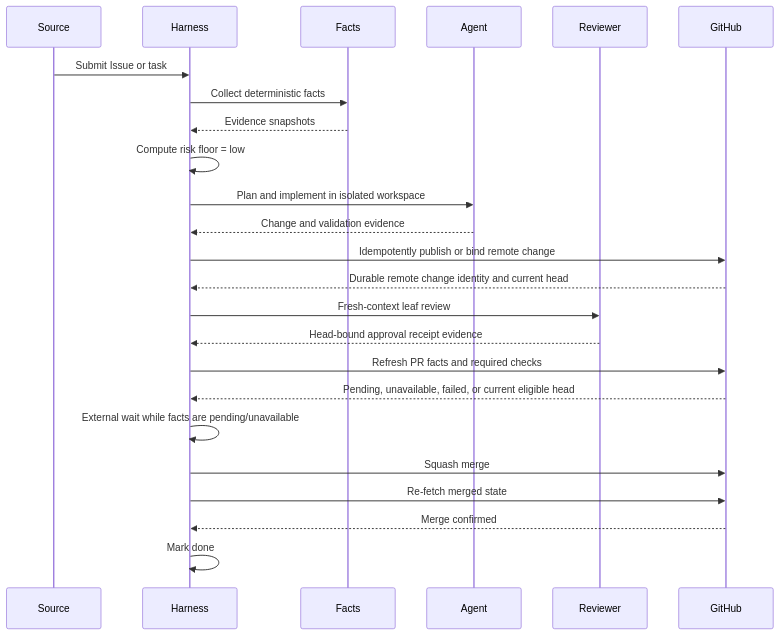
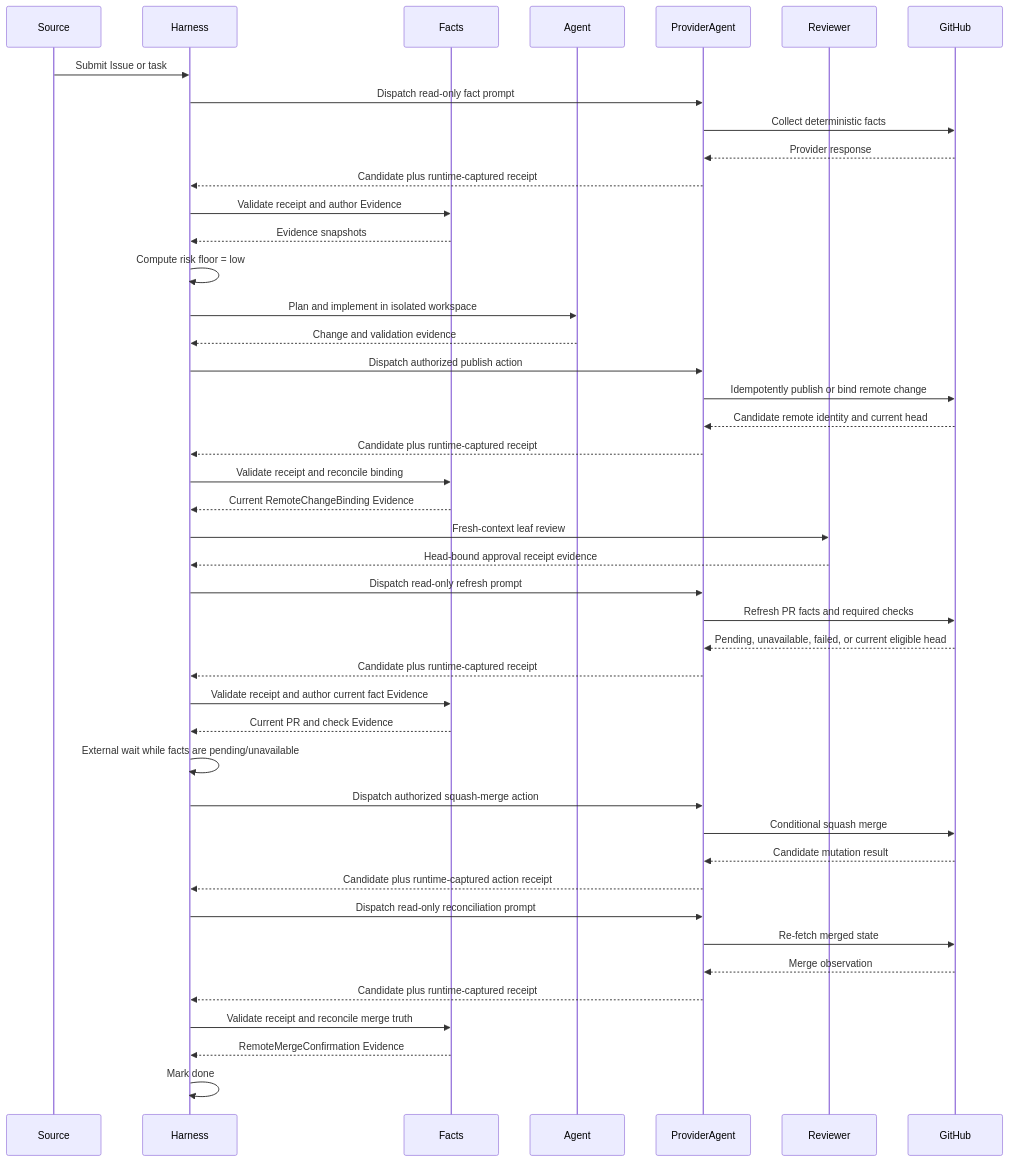
One commit to majiayu000/harness changed the fourth of 4 diagrams in docs/workflow-first-autonomous-change-rfc.md. Above: the diagram before and after it, drawn with Mermaid. The commit also changed other lines of this file and 3 other files, not shown here.

````diff
--- a/docs/workflow-first-autonomous-change-rfc.md
+++ b/docs/workflow-first-autonomous-change-rfc.md
@@ -2446,27 +2482,47 @@
 ```mermaid
 sequenceDiagram
     participant Source
     participant Harness
     participant Facts
     participant Agent
+    participant ProviderAgent
     participant Reviewer
     participant GitHub
 
     Source->>Harness: Submit Issue or task
-    Harness->>Facts: Collect deterministic facts
+    Harness->>ProviderAgent: Dispatch read-only fact prompt
+    ProviderAgent->>GitHub: Collect deterministic facts
+    GitHub-->>ProviderAgent: Provider response
+    ProviderAgent-->>Harness: Candidate plus runtime-captured receipt
+    Harness->>Facts: Validate receipt and author Evidence
     Facts-->>Harness: Evidence snapshots
     Harness->>Harness: Compute risk floor = low
     Harness->>Agent: Plan and implement in isolated workspace
     Agent-->>Harness: Change and validation evidence
-    Harness->>GitHub: Idempotently publish or bind remote change
-    GitHub-->>Harness: Durable remote change identity and current head
+    Harness->>ProviderAgent: Dispatch authorized publish action
+    ProviderAgent->>GitHub: Idempotently publish or bind remote change
+    GitHub-->>ProviderAgent: Candidate remote identity and current head
+    ProviderAgent-->>Harness: Candidate plus runtime-captured receipt
+    Harness->>Facts: Validate receipt and reconcile binding
+    Facts-->>Harness: Current RemoteChangeBinding Evidence
     Harness->>Reviewer: Fresh-context leaf review
     Reviewer-->>Harness: Head-bound approval receipt evidence
-    Harness->>GitHub: Refresh PR facts and required checks
-    GitHub-->>Harness: Pending, unavailable, failed, or current eligible head
+    Harness->>ProviderAgent: Dispatch read-only refresh prompt
+    ProviderAgent->>GitHub: Refresh PR facts and required checks
+    GitHub-->>ProviderAgent: Pending, unavailable, failed, or current eligible head
+    ProviderAgent-->>Harness: Candidate plus runtime-captured receipt
+    Harness->>Facts: Validate receipt and author current fact Evidence
+    Facts-->>Harness: Current PR and check Evidence
     Harness->>Harness: External wait while facts are pending/unavailable
-    Harness->>GitHub: Squash merge
-    Harness->>GitHub: Re-fetch merged state
-    GitHub-->>Harness: Merge confirmed
+    Harness->>ProviderAgent: Dispatch authorized squash-merge action
+    ProviderAgent->>GitHub: Conditional squash merge
+    GitHub-->>ProviderAgent: Candidate mutation result
+    ProviderAgent-->>Harness: Candidate plus runtime-captured action receipt
+    Harness->>ProviderAgent: Dispatch read-only reconciliation prompt
+    ProviderAgent->>GitHub: Re-fetch merged state
+    GitHub-->>ProviderAgent: Merge observation
+    ProviderAgent-->>Harness: Candidate plus runtime-captured receipt
+    Harness->>Facts: Validate receipt and reconcile merge truth
+    Facts-->>Harness: RemoteMergeConfirmation Evidence
     Harness->>Harness: Mark done
 ```
````
